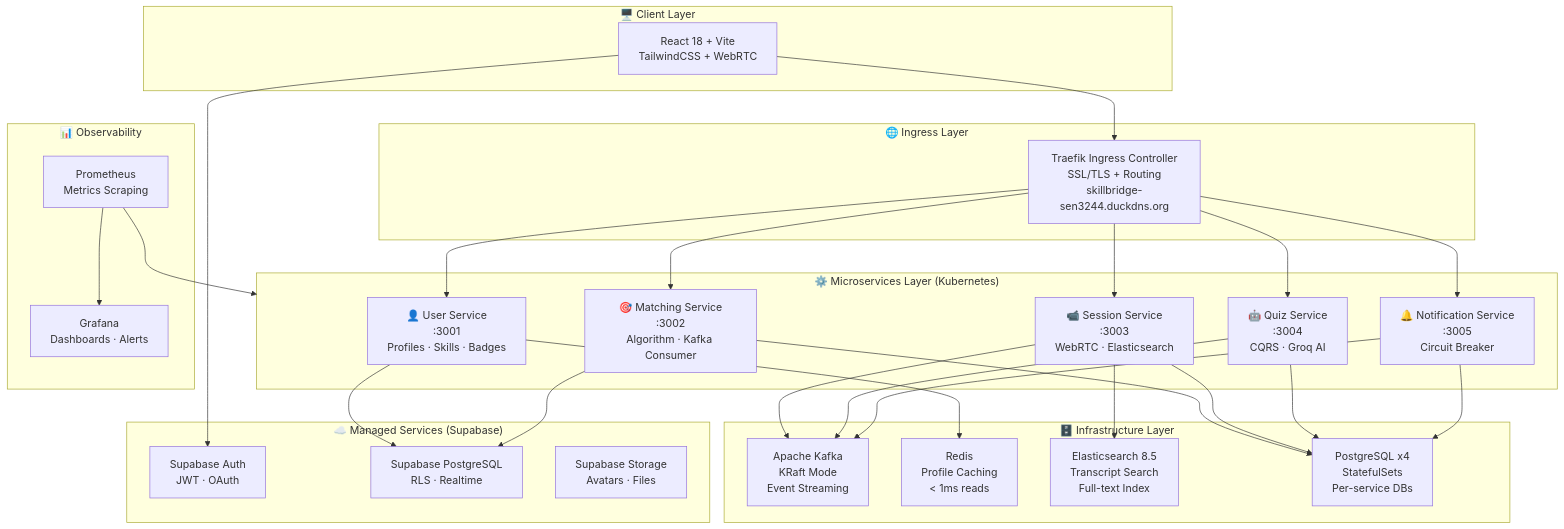
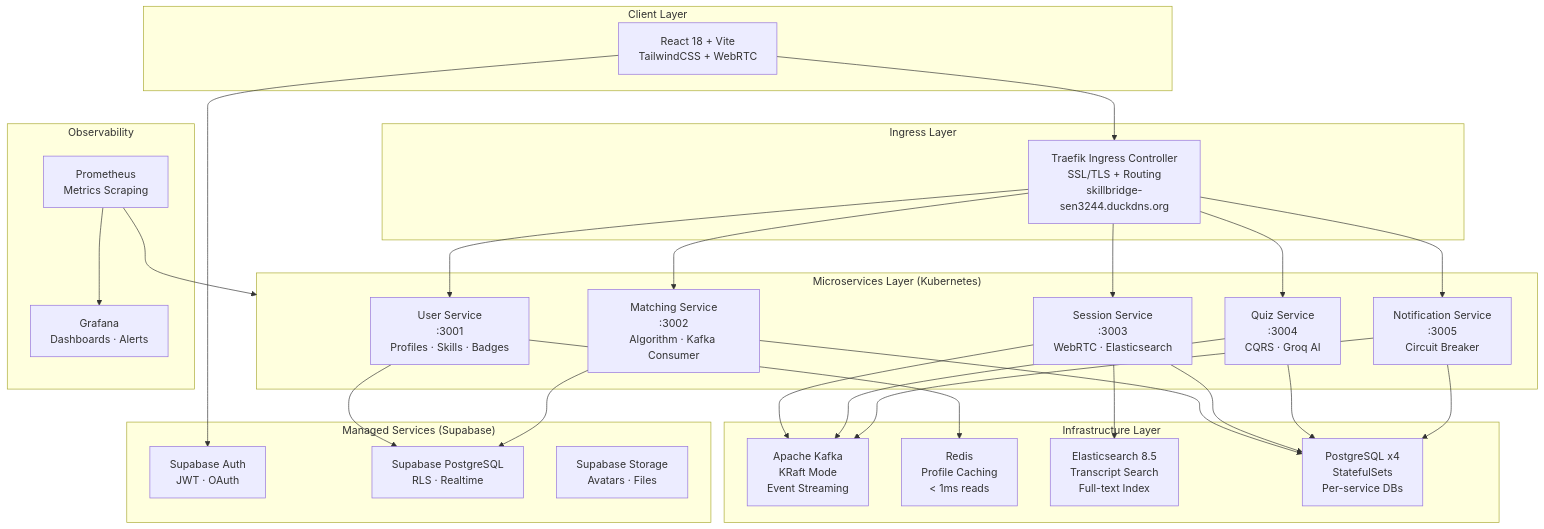
Before and after one commit to Asongwelewis/Skill-Bridge: the first of 6 diagrams in Readme.md, drawn with Mermaid. The commit also changed other lines of this file, not shown here.

````diff
--- a/Readme.md
+++ b/Readme.md
@@ -105,49 +105,49 @@
 ```mermaid
 graph TB
-    subgraph CLIENT["🖥️ Client Layer"]
+    subgraph CLIENT[" Client Layer"]
         BROWSER["React 18 + Vite\nTailwindCSS + WebRTC"]
     end
 
-    subgraph INGRESS["🌐 Ingress Layer"]
+    subgraph INGRESS[" Ingress Layer"]
         TRAEFIK["Traefik Ingress Controller\nSSL/TLS + Routing\nskillbridge-sen3244.duckdns.org"]
     end
 
-    subgraph SERVICES["⚙️ Microservices Layer (Kubernetes)"]
-        US["👤 User Service\n:3001\nProfiles · Skills · Badges"]
-        MS["🎯 Matching Service\n:3002\nAlgorithm · Kafka Consumer"]
-        SS["📹 Session Service\n:3003\nWebRTC · Elasticsearch"]
-        QS["🤖 Quiz Service\n:3004\nCQRS · Groq AI"]
-        NS["🔔 Notification Service\n:3005\nCircuit Breaker"]
+    subgraph SERVICES[" Microservices Layer (Kubernetes)"]
+        US[" User Service\n:3001\nProfiles · Skills · Badges"]
+        MS[" Matching Service\n:3002\nAlgorithm · Kafka Consumer"]
+        SS[" Session Service\n:3003\nWebRTC · Elasticsearch"]
+        QS[" Quiz Service\n:3004\nCQRS · Groq AI"]
+        NS[" Notification Service\n:3005\nCircuit Breaker"]
     end
 
-    subgraph INFRA["🗄️ Infrastructure Layer"]
+    subgraph INFRA[" Infrastructure Layer"]
         KAFKA["Apache Kafka\nKRaft Mode\nEvent Streaming"]
         REDIS["Redis\nProfile Caching\n< 1ms reads"]
         ELASTIC["Elasticsearch 8.5\nTranscript Search\nFull-text Index"]
         PG["PostgreSQL x4\nStatefulSets\nPer-service DBs"]
     end
 
-    subgraph MANAGED["☁️ Managed Services (Supabase)"]
+    subgraph MANAGED[" Managed Services (Supabase)"]
         AUTH["Supabase Auth\nJWT · OAuth"]
         SUPA_DB["Supabase PostgreSQL\nRLS · Realtime"]
         STORAGE["Supabase Storage\nAvatars · Files"]
     end
 
-    subgraph OBSERVABILITY["📊 Observability"]
+    subgraph OBSERVABILITY[" Observability"]
         PROM["Prometheus\nMetrics Scraping"]
         GRAFANA["Grafana\nDashboards · Alerts"]
     end
 
     BROWSER --> TRAEFIK
     TRAEFIK --> US & MS & SS & QS & NS
     US --> REDIS
     US & MS --> SUPA_DB
     SS --> ELASTIC
     SS --> KAFKA
     QS --> KAFKA
     NS --> KAFKA
     MS & SS & QS & NS --> PG
     BROWSER --> AUTH
     PROM --> SERVICES
     PROM --> GRAFANA
 ```
````
